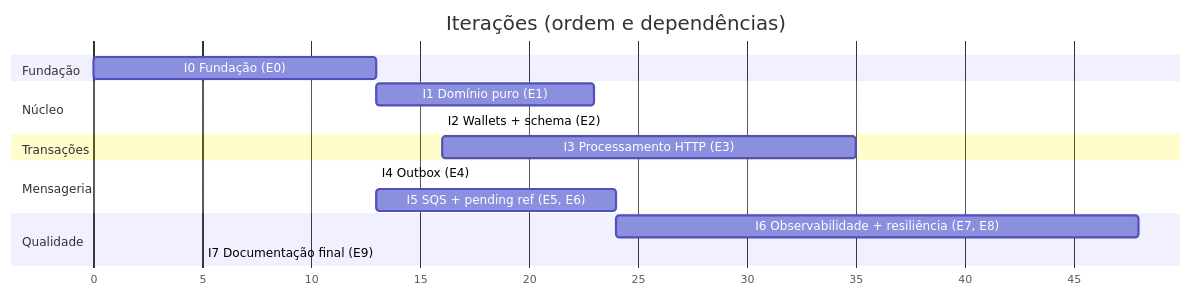
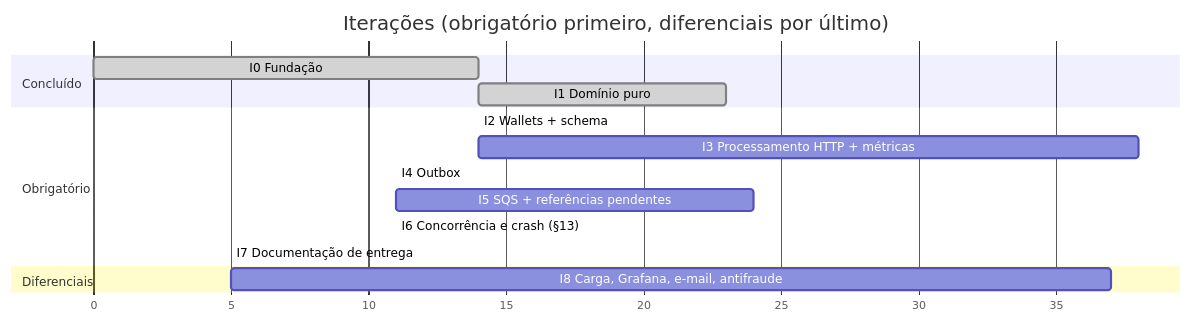
The diagram in docs/02-escopo-agile.md (MacedoSousa/backend-challenge), drawn with Mermaid before and after one commit. The commit also changed other lines of this file and 12 other files, not shown here.

````diff
--- a/docs/02-escopo-agile.md
+++ b/docs/02-escopo-agile.md
@@ -157,19 +159,18 @@
 ```mermaid
 gantt
     dateFormat X
     axisFormat %s
-    title Iterações (ordem e dependências)
-    section Fundação
-    I0 Fundação (E0)                    :i0, 0, 13
-    section Núcleo
-    I1 Domínio puro (E1)                :i1, after i0, 23
-    I2 Wallets + schema (E2)            :i2, after i1, 16
-    section Transações
-    I3 Processamento HTTP (E3)          :i3, after i2, 35
-    section Mensageria
-    I4 Outbox (E4)                      :i4, after i3, 13
-    I5 SQS + pending ref (E5, E6)       :i5, after i4, 24
-    section Qualidade
-    I6 Observabilidade + resiliência (E7, E8) :i6, after i5, 48
-    I7 Documentação final (E9)          :i7, after i6, 5
+    title Iterações (obrigatório primeiro, diferenciais por último)
+    section Concluído
+    I0 Fundação                              :done, i0, 0, 14
+    I1 Domínio puro                          :done, i1, after i0, 23
+    section Obrigatório
+    I2 Wallets + schema                      :i2, after i1, 14
+    I3 Processamento HTTP + métricas         :i3, after i2, 38
+    I4 Outbox                                :i4, after i3, 11
+    I5 SQS + referências pendentes           :i5, after i4, 24
+    I6 Concorrência e crash (§13)            :i6, after i5, 11
+    I7 Documentação de entrega               :i7, after i6, 5
+    section Diferenciais
+    I8 Carga, Grafana, e-mail, antifraude    :i8, after i7, 37
 ```
````
